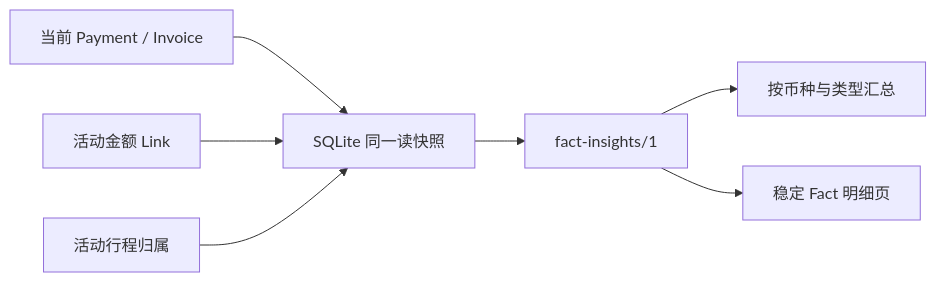
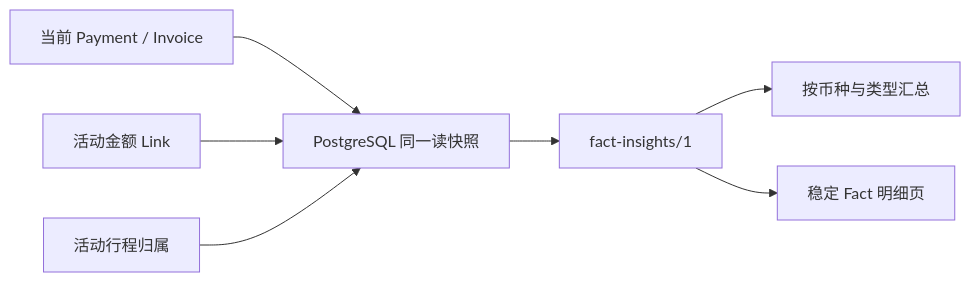
The sixth of 6 diagrams in docs/architecture.md (tuoro/Smart-bill-manager), drawn with Mermaid before and after one commit. The commit also changed other lines of this file and 168 other files, not shown here.

Commit message:
feat(rebirth): complete PostgreSQL M4 local readiness

````diff
--- a/docs/architecture.md
+++ b/docs/architecture.md
@@ -227,9 +227,9 @@
 ```mermaid
 flowchart LR
-    Fact[当前 Payment / Invoice] --> Snapshot[SQLite 同一读快照]
+    Fact[当前 Payment / Invoice] --> Snapshot[PostgreSQL 同一读快照]
     Link[活动金额 Link] --> Snapshot
     Assignment[活动行程归属] --> Snapshot
     Snapshot --> Domain[fact-insights/1]
     Domain --> Summary[按币种与类型汇总]
     Domain --> Page[稳定 Fact 明细页]
 ```
````
